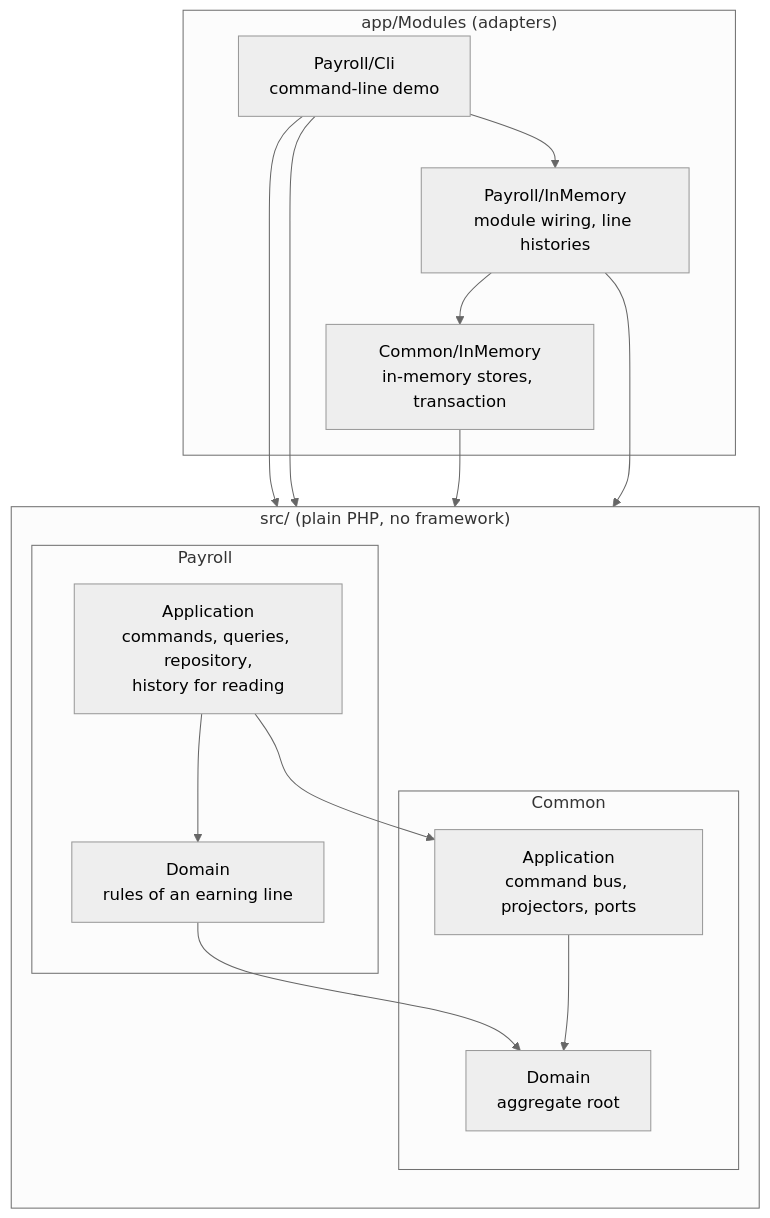
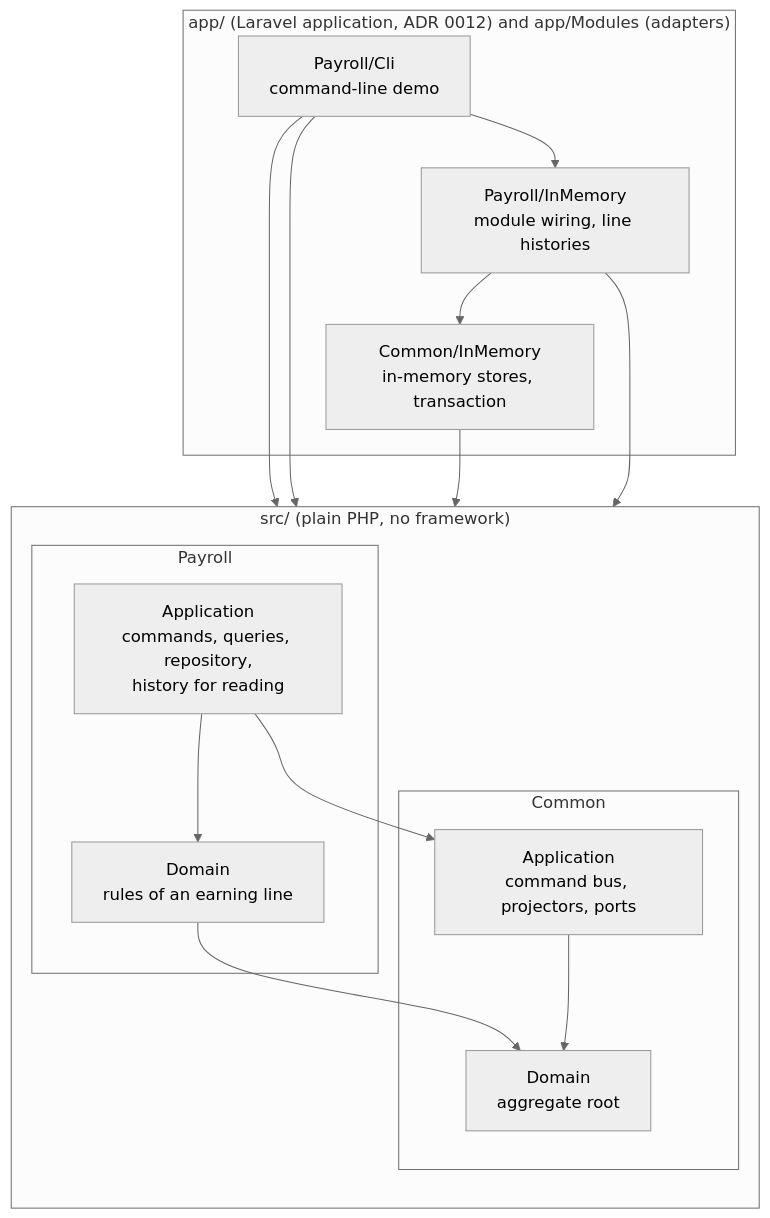
Before and after one commit to ddmytruk/line: the diagram in docs/architecture.md, drawn with Mermaid (neutral theme). The commit also changed other lines of this file and 30 other files, not shown here.

First line of the commit message:
build: Laravel application inside app/ and MySQL

````diff
--- a/docs/architecture.md
+++ b/docs/architecture.md
@@ -7,29 +7,29 @@
 ```mermaid
 flowchart TB
     subgraph src["src/ (plain PHP, no framework)"]
         direction TB
         subgraph payroll["Payroll"]
             pa["Application<br/>commands, queries, repository,<br/>history for reading"]
             pd["Domain<br/>rules of an earning line"]
         end
         subgraph common["Common"]
             ca["Application<br/>command bus, projectors, ports"]
             cd["Domain<br/>aggregate root"]
         end
     end
-    subgraph app["app/Modules (adapters)"]
+    subgraph app["app/ (Laravel application, ADR 0012) and app/Modules (adapters)"]
         cli["Payroll/Cli<br/>command-line demo"]
         pmod["Payroll/InMemory<br/>module wiring, line histories"]
         mem["Common/InMemory<br/>in-memory stores, transaction"]
     end
     cli --> pmod
     cli --> pa
     cli --> pd
     mem --> ca
     pmod --> pa
     pmod --> mem
     pa --> pd
     pa --> ca
     pd --> cd
     ca --> cd
 ```
````
